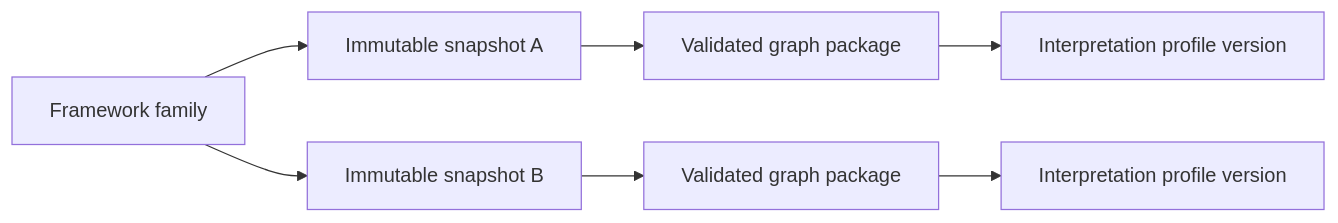
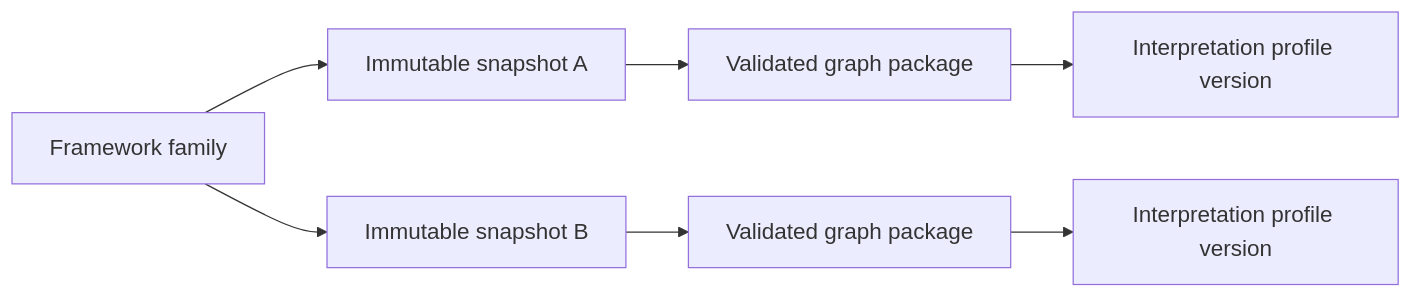
One commit to IDinsight/KGForEdGlobalMCP changed the diagram in docs/concepts.md. Above: the diagram before and after it, drawn with Mermaid. The commit also changed other lines of this file and 4 other files, not shown here.

````diff
--- a/docs/concepts.md
+++ b/docs/concepts.md
@@ -16,9 +16,10 @@
 ```mermaid
+%%{init: {"themeVariables": {"fontSize": "18px"}}}%%
 flowchart LR
     F[Framework family] --> S1[Immutable snapshot A]
     F --> S2[Immutable snapshot B]
     S1 --> P1[Validated graph package]
     S2 --> P2[Validated graph package]
     P1 --> PR1[Interpretation profile version]
     P2 --> PR2[Interpretation profile version]
 ```
````
